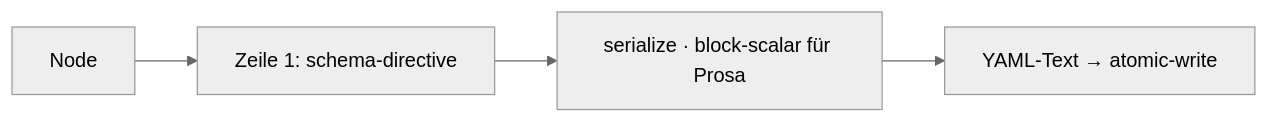
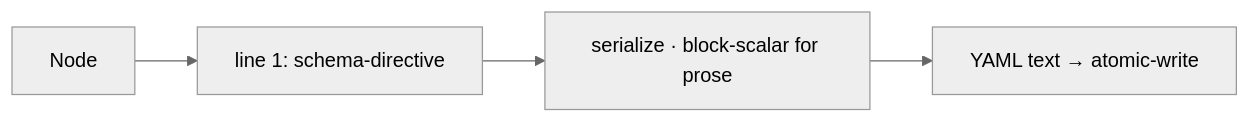
The diagram in docs/core/parser/render.md (chafoo/anchored), drawn with Mermaid (neutral theme) before and after one commit. The commit also changed other lines of this file and 131 other files, not shown here.

````diff
--- a/docs/core/parser/render.md
+++ b/docs/core/parser/render.md
@@ -18,6 +18,6 @@
 ```mermaid
 flowchart LR
-    node["Node"] --> dir["Zeile 1: schema-directive"]
-    dir --> ser["serialize · block-scalar für Prosa"]
-    ser --> yaml["YAML-Text → atomic-write"]
+    node["Node"] --> dir["line 1: schema-directive"]
+    dir --> ser["serialize · block-scalar for prose"]
+    ser --> yaml["YAML text → atomic-write"]
 ```
````
